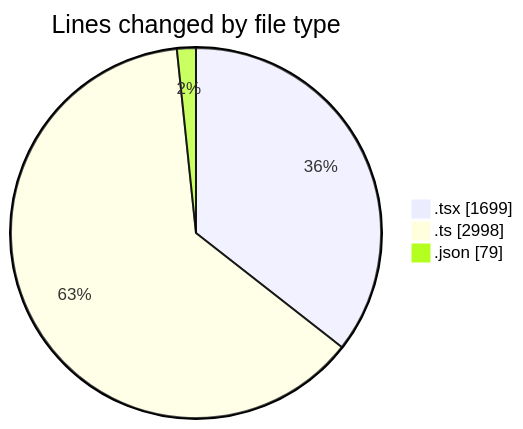
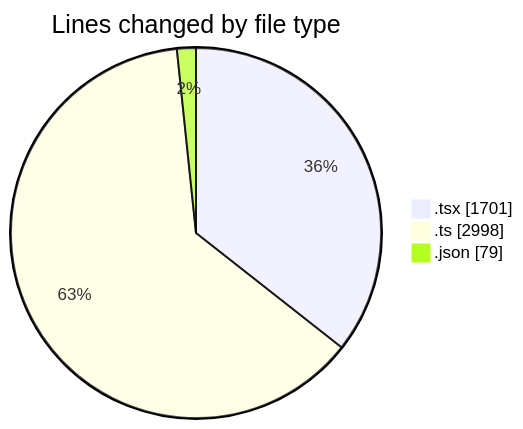
One commit to nxtqubesakshisongat/code-tracking changed the first of 2 diagrams in 2026-05-03/nxtqube_webapp/README.md. Above: the diagram before and after it, drawn with Mermaid. The commit also changed other lines of this file and 1 other file, not shown here.

````diff
--- a/2026-05-03/nxtqube_webapp/README.md
+++ b/2026-05-03/nxtqube_webapp/README.md
@@ -24,7 +24,7 @@
 ```mermaid
 pie showData
 title Lines changed by file type
-".tsx" : 1699
+".tsx" : 1701
 ".ts" : 2998
 ".json" : 79
 ```
````
